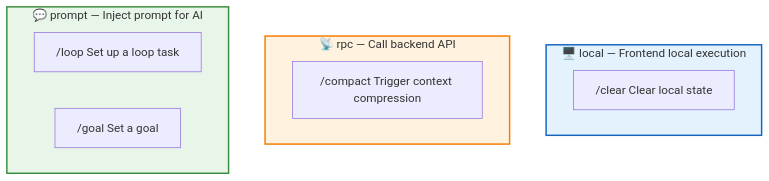
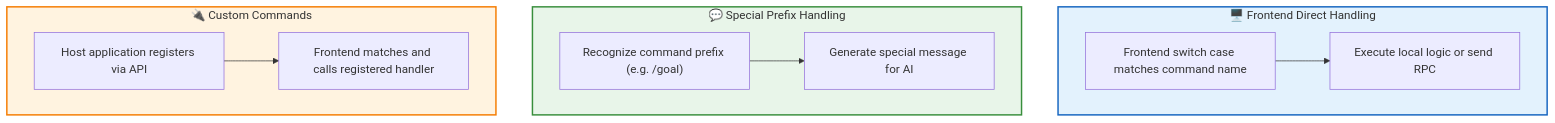
The first of 5 diagrams in src/content/docs/en/features/commands.md (rtc-agent/docs), drawn with Mermaid before and after one commit. The commit also changed other lines of this file and 60 other files, not shown here.

First line of the commit message:
docs(site): refresh documentation with new sections and improved diagrams

````diff
--- a/src/content/docs/en/features/commands.md
+++ b/src/content/docs/en/features/commands.md
@@ -10,19 +12,24 @@
 ```mermaid
 flowchart TD
-    subgraph LOCAL["🖥️ local — Frontend local execution"]
-        L1["/clear Clear local state"]
+    subgraph FRONTEND["🖥️ Frontend Direct Handling"]
+        F1["Frontend switch case matches command name"]
+        F2["Execute local logic or send RPC"]
+        F1 --> F2
     end
 
-    subgraph RPC["📡 rpc — Call backend API"]
-        R1["/compact Trigger context compression"]
+    subgraph SPECIAL["💬 Special Prefix Handling"]
+        S1["Recognize command prefix (e.g. /goal)"]
+        S2["Generate special message for AI"]
+        S1 --> S2
     end
 
-    subgraph PROMPT["💬 prompt — Inject prompt for AI"]
-        P1["/loop Set up a loop task"]
-        P2["/goal Set a goal"]
+    subgraph CUSTOM["🔌 Custom Commands"]
+        C1["Host application registers via API"]
+        C2["Frontend matches and calls registered handler"]
+        C1 --> C2
     end
 
-    style LOCAL fill:#e3f2fd,stroke:#1565c0,stroke-width:2px
-    style RPC fill:#fff3e0,stroke:#f57c00,stroke-width:2px
-    style PROMPT fill:#e8f5e9,stroke:#388e3c,stroke-width:2px
+    style FRONTEND fill:#e3f2fd,stroke:#1565c0,stroke-width:2px
+    style SPECIAL fill:#e8f5e9,stroke:#388e3c,stroke-width:2px
+    style CUSTOM fill:#fff3e0,stroke:#f57c00,stroke-width:2px
 ```
````
